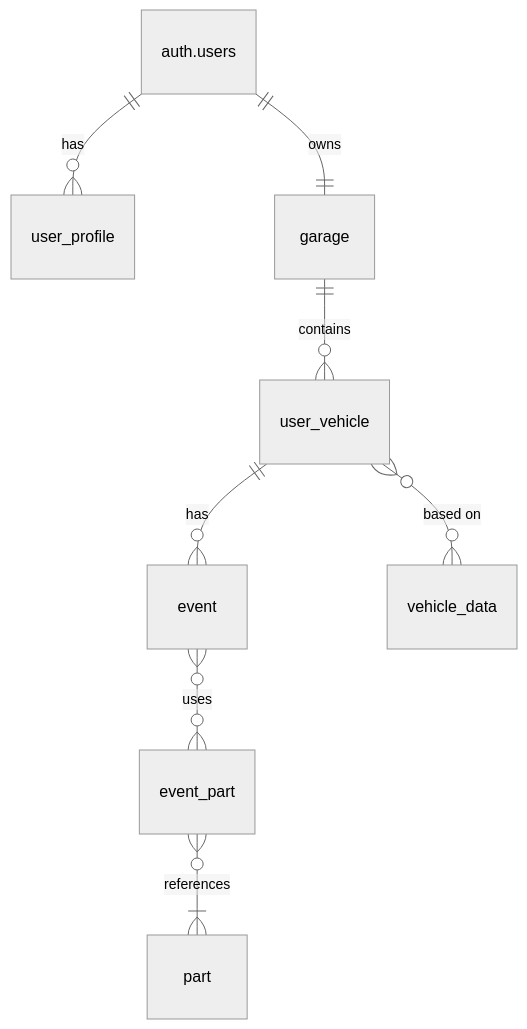
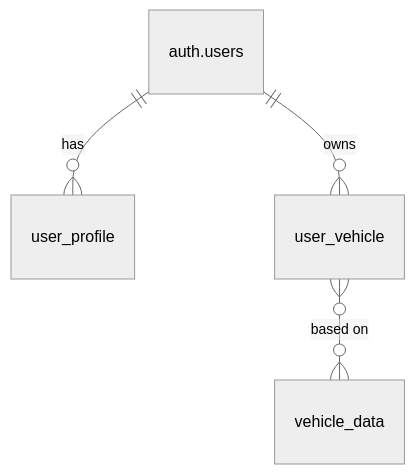
The diagram in my-turborepo/apps/docs/app/database/schema-reference.md (T33R0/ddpc), drawn with Mermaid (neutral theme) before and after one commit. The commit also changed other lines of this file and 3 other files, not shown here.

````diff
--- a/my-turborepo/apps/docs/app/database/schema-reference.md
+++ b/my-turborepo/apps/docs/app/database/schema-reference.md
@@ -21,13 +18,7 @@
 ```mermaid
 erDiagram
     auth.users ||--o{ user_profile : "has"
-    auth.users ||--|| garage : "owns"
-
-    garage ||--o{ user_vehicle : "contains"
-
-    user_vehicle ||--o{ event : "has"
-    event }o--o{ event_part : "uses"
-    event_part }o--|{ part : "references"
+    auth.users ||--o{ user_vehicle : "owns"
 
     user_vehicle }o--o{ vehicle_data : "based on"
 ```
````
